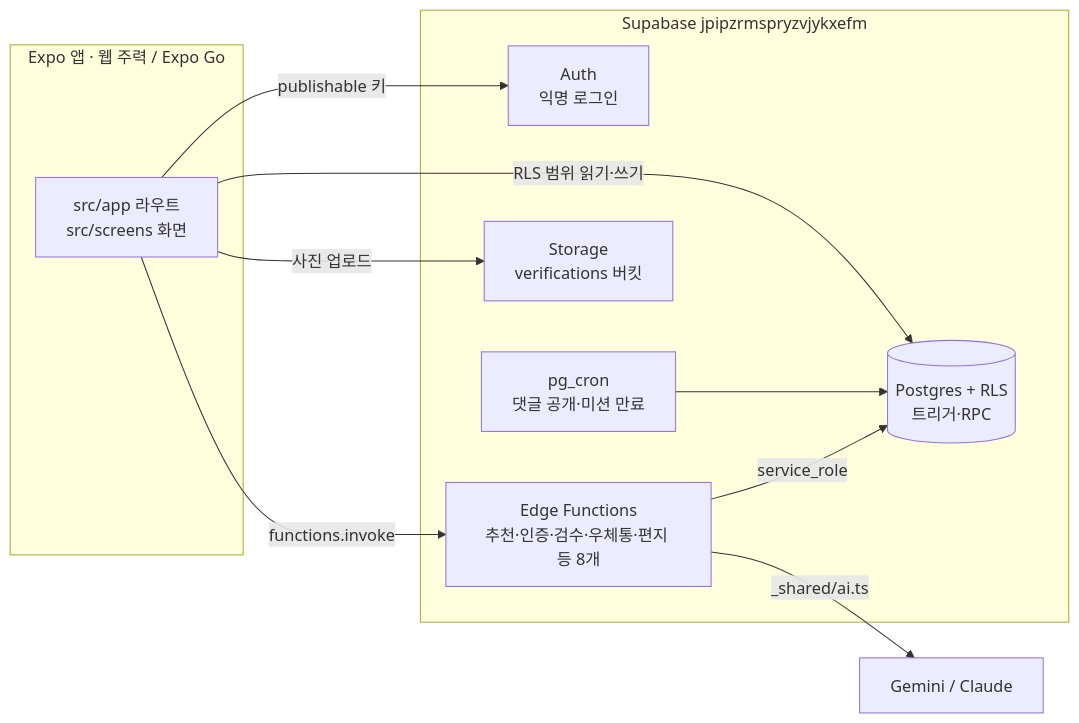
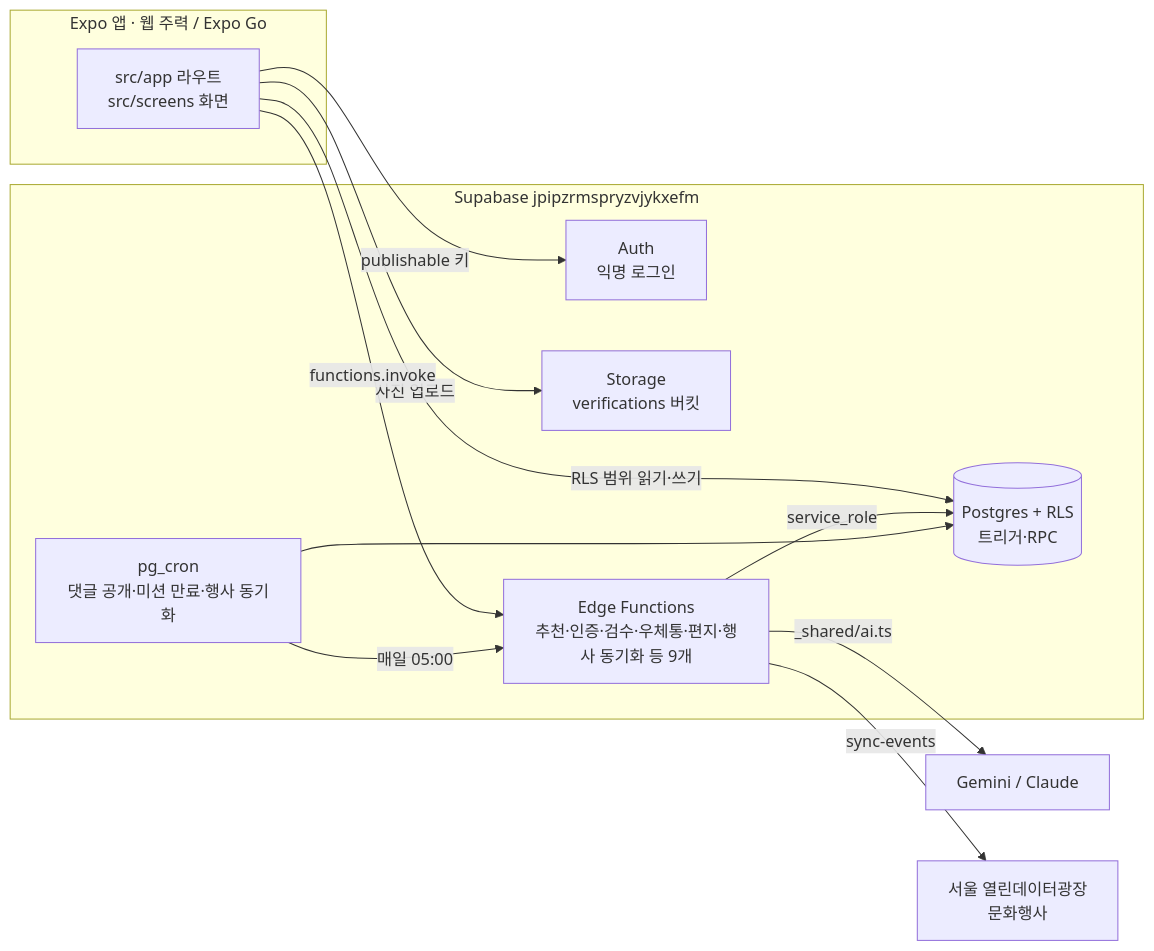
One commit to koolunkle/maru changed the diagram in docs/ARCHITECTURE.md. Above: the diagram before and after it, drawn with Mermaid. The commit also changed other lines of this file and 8 other files, not shown here.

First line of the commit message:
feat(functions): 문화행사 동기화 sync-events 추가 (#6)

````diff
--- a/docs/ARCHITECTURE.md
+++ b/docs/ARCHITECTURE.md
@@ -7,22 +7,24 @@
 ```mermaid
 flowchart LR
     subgraph Client[Expo 앱 · 웹 주력 / Expo Go]
       UI[src/app 라우트<br/>src/screens 화면]
     end
     subgraph Supabase[Supabase jpipzrmspryzvjykxefm]
       Auth[Auth<br/>익명 로그인]
       DB[(Postgres + RLS<br/>트리거·RPC)]
       ST[Storage<br/>verifications 버킷]
-      FN[Edge Functions<br/>추천·인증·검수·우체통·편지 등 8개]
-      CRON[pg_cron<br/>댓글 공개·미션 만료]
+      FN[Edge Functions<br/>추천·인증·검수·우체통·편지·행사 동기화 등 9개]
+      CRON[pg_cron<br/>댓글 공개·미션 만료·행사 동기화]
     end
     AI[Gemini / Claude]
 
     UI -- publishable 키 --> Auth
     UI -- RLS 범위 읽기·쓰기 --> DB
     UI -- 사진 업로드 --> ST
     UI -- functions.invoke --> FN
     FN -- service_role --> DB
     FN -- _shared/ai.ts --> AI
     CRON --> DB
+    CRON -- 매일 05:00 --> FN
+    FN -- sync-events --> SEOUL[서울 열린데이터광장<br/>문화행사]
 ```
````
